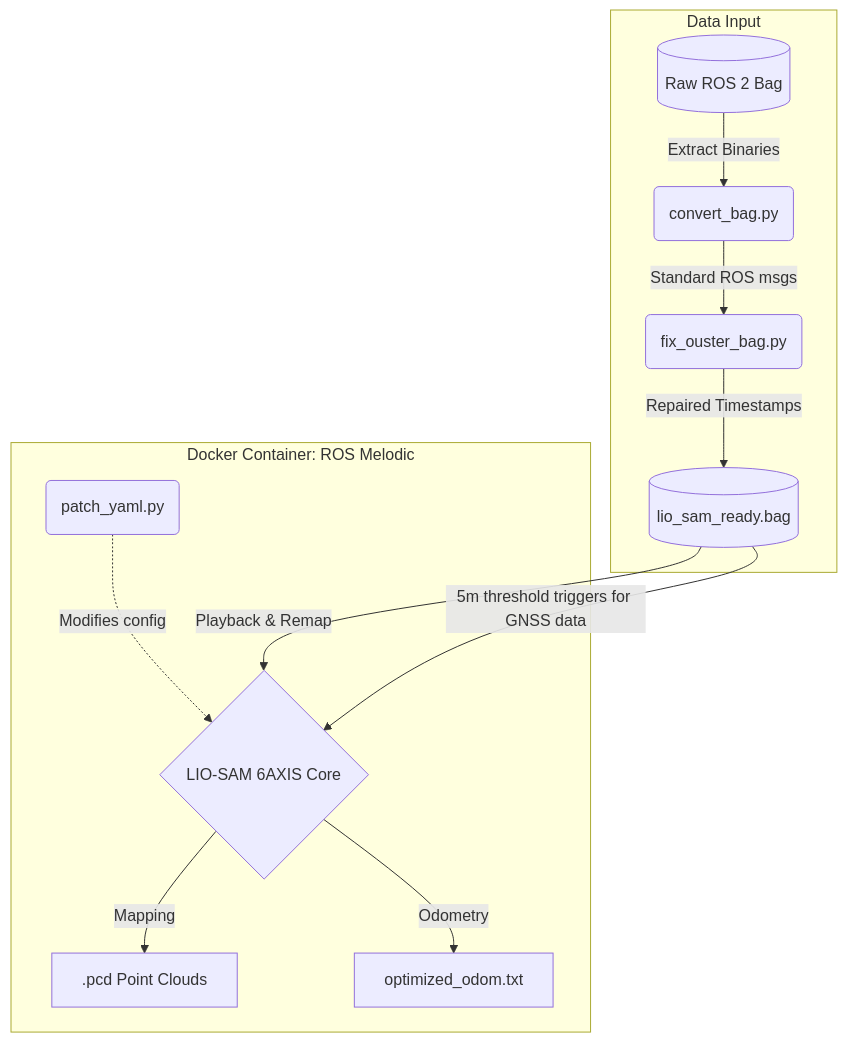
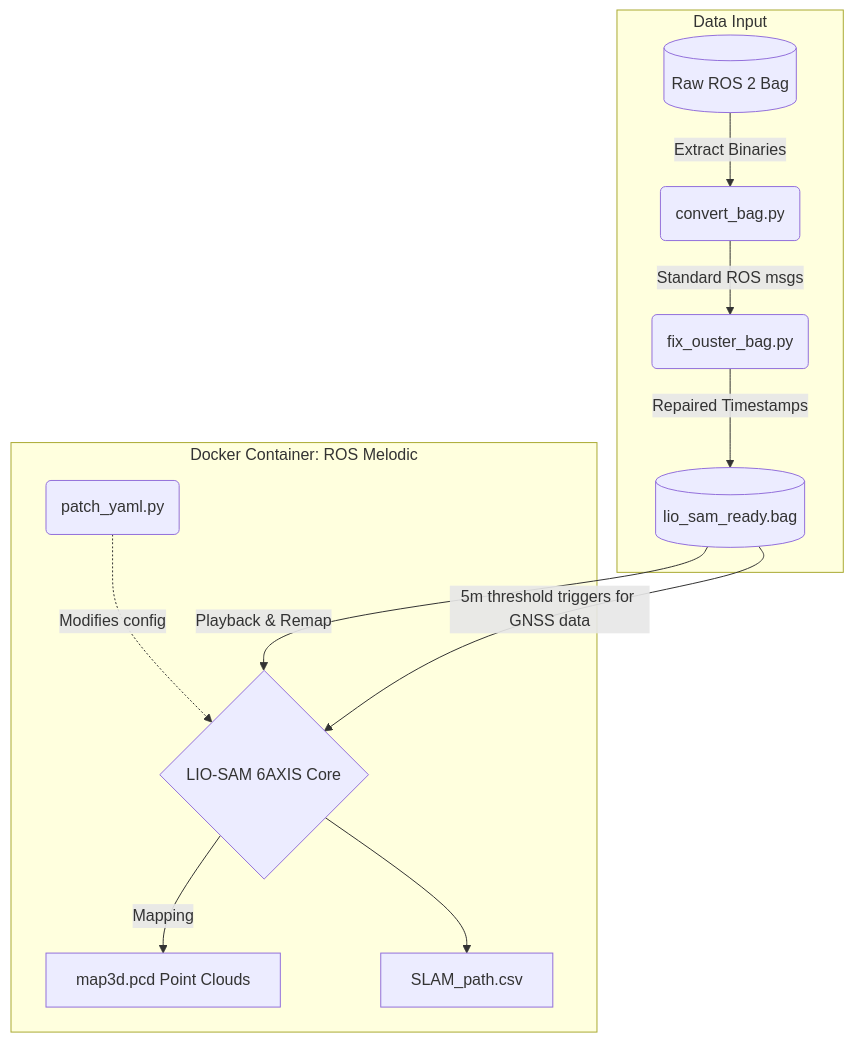
The diagram in README.md (Armin-Ebrahimi-Saba/LIDAR-Odometry), drawn with Mermaid before and after one commit. The commit also changed other lines of this file, not shown here.

Commit message:
Modify output files and enhance README structure
Updated mapping output files and improved section headings for clarity.

````diff
--- a/README.md
+++ b/README.md
@@ -43,16 +43,16 @@
 ```mermaid
 flowchart TD
     subgraph Data Input
         B1[(Raw ROS 2 Bag)] -->|Extract Binaries| conv(convert_bag.py)
         conv -->|Standard ROS msgs| P1(fix_ouster_bag.py)
         P1 -->|Repaired Timestamps| B2[(lio_sam_ready.bag)]
     end
 
     subgraph Docker Container: ROS Melodic
         patch(patch_yaml.py) -.->|Modifies config| core
         B2 -->|Playback & Remap| core{LIO-SAM 6AXIS Core}
         B2 -->|5m threshold triggers for GNSS data| core
-        core -->|Mapping| pcd[.pcd Point Clouds]
-        core -->|Odometry| txt[optimized_odom.txt]
+        core -->|Mapping| pcd[map3d.pcd Point Clouds]
+        core --> txt[SLAM_path.csv]
     end
 ```
````
